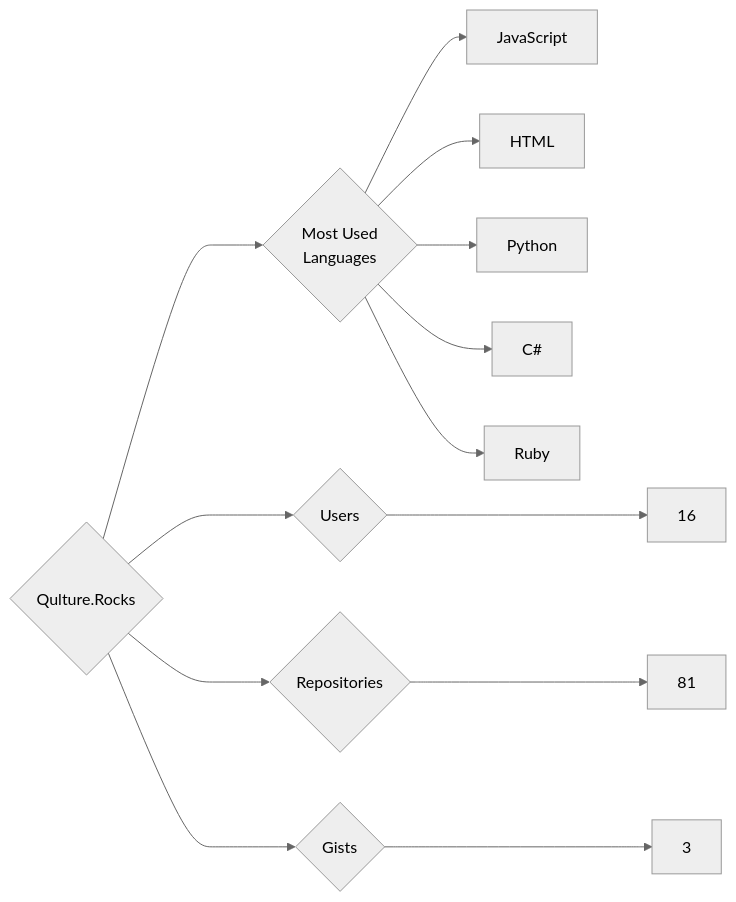
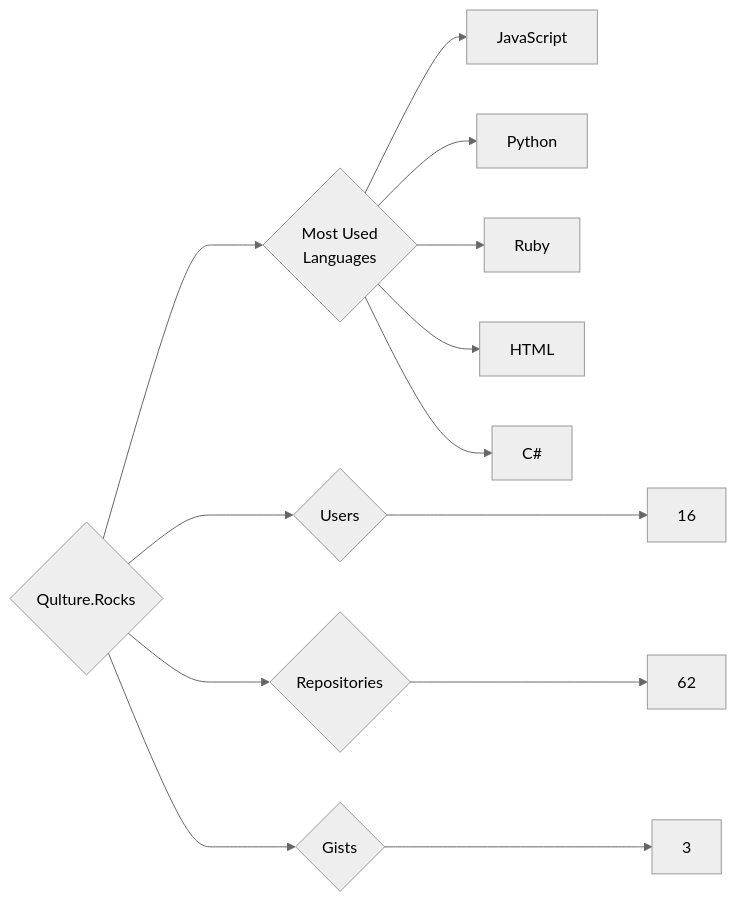
The diagram in targets/Qulture.Rocks/README.md (trickest/insiders), drawn with Mermaid (neutral theme) before and after one commit. The commit also changed 1479 other files, not shown here.

````diff
--- a/targets/Qulture.Rocks/README.md
+++ b/targets/Qulture.Rocks/README.md
@@ -3,13 +3,13 @@
 ```mermaid
 graph LR
 COMPANY_NAME{Qulture.Rocks}
 COMPANY_NAME ---> U{Users} ---> UN[16]
-COMPANY_NAME ---> R{Repositories} ---> RN[81]
+COMPANY_NAME ---> R{Repositories} ---> RN[62]
 COMPANY_NAME ---> G{Gists} ---> GN[3]
 COMPANY_NAME ---> ML{Most Used<br>Languages}
 ML --> JavaScript[JavaScript]
+ML --> Python[Python]
+ML --> Ruby[Ruby]
 ML --> HTML[HTML]
-ML --> Python[Python]
 ML --> C#[C#]
-ML --> Ruby[Ruby]
 ```
````
